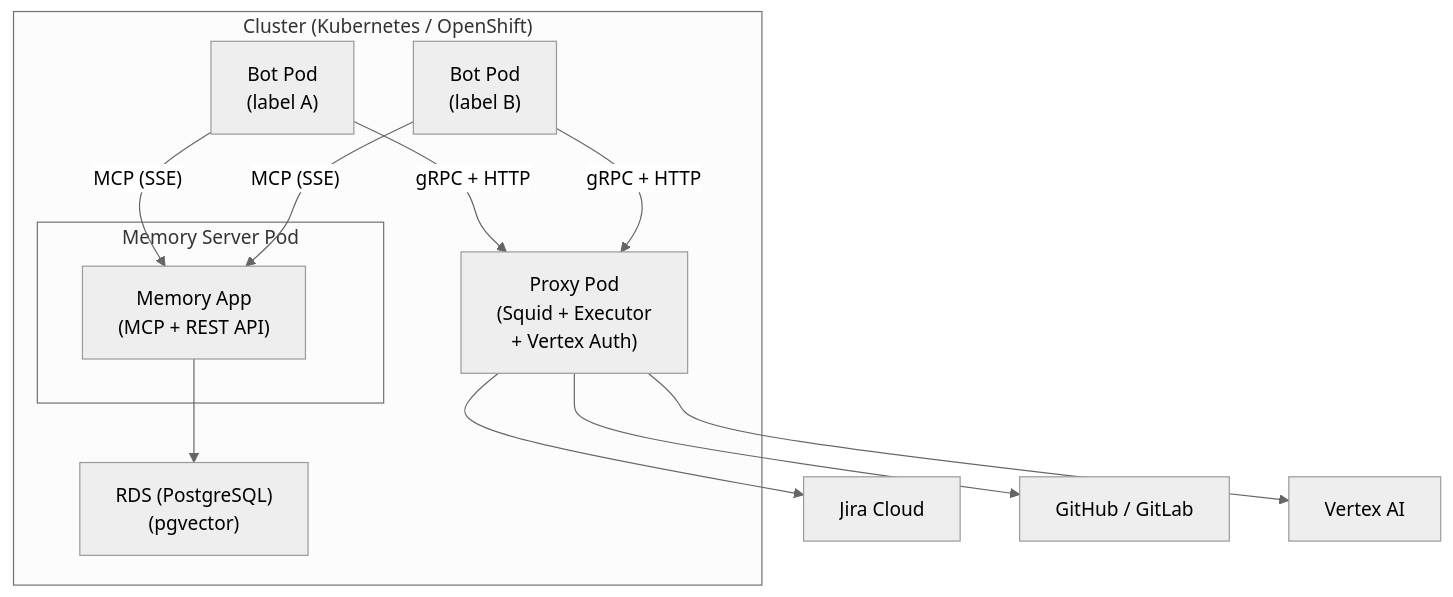
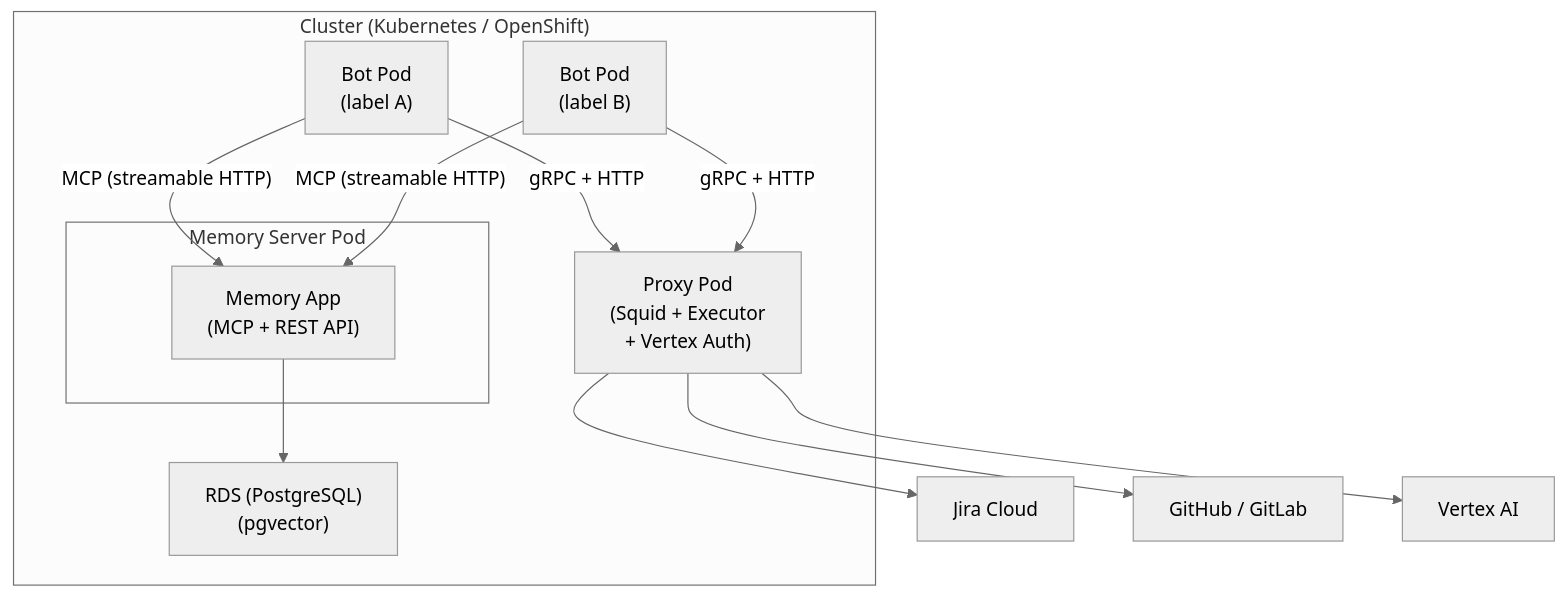
One commit to OpenShift-Fleet/rehor changed the eighth of 8 diagrams in ARCHITECTURE.md. Above: the diagram before and after it, drawn with Mermaid (neutral theme). The commit also changed other lines of this file and 2 other files, not shown here.

First line of the commit message:
docs: remove SSH references, add skills, fix MCP transport

````diff
--- a/ARCHITECTURE.md
+++ b/ARCHITECTURE.md
@@ -399,27 +407,27 @@
 ```mermaid
 graph TB
     subgraph Cluster["Cluster (Kubernetes / OpenShift)"]
         BotA["Bot Pod<br/>(label A)"]
         BotB["Bot Pod<br/>(label B)"]
         ProxyPod["Proxy Pod<br/>(Squid + Executor<br/>+ Vertex Auth)"]
 
         subgraph MemPod["Memory Server Pod"]
             MemApp["Memory App<br/>(MCP + REST API)"]
         end
 
         RDS["RDS (PostgreSQL)<br/>(pgvector)"]
     end
 
     Jira["Jira Cloud"]
     GHGL["GitHub / GitLab"]
     VertexAI["Vertex AI"]
 
-    BotA -- "MCP (SSE)" --> MemApp
-    BotB -- "MCP (SSE)" --> MemApp
+    BotA -- "MCP (streamable HTTP)" --> MemApp
+    BotB -- "MCP (streamable HTTP)" --> MemApp
     BotA -- "gRPC + HTTP" --> ProxyPod
     BotB -- "gRPC + HTTP" --> ProxyPod
     MemApp --> RDS
     ProxyPod --> Jira
     ProxyPod --> GHGL
     ProxyPod --> VertexAI
 ```
````
